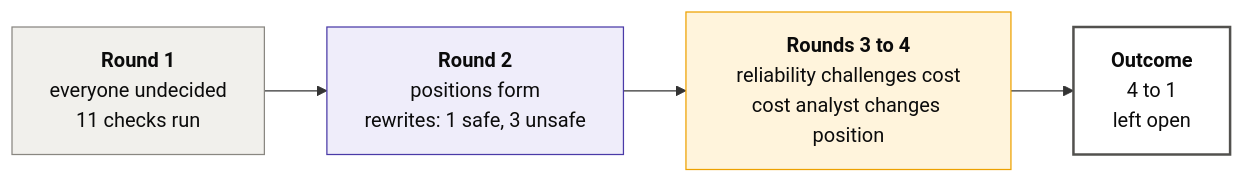
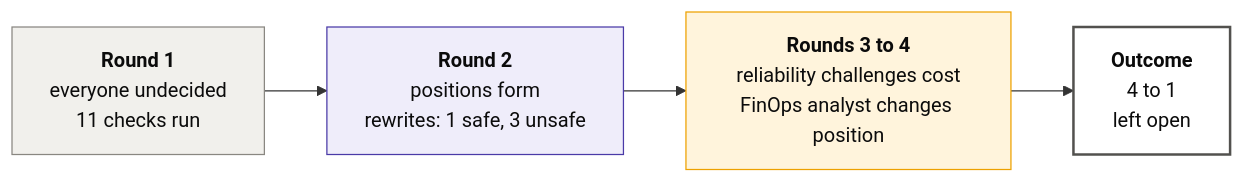
Before and after one commit to cris-wendler/capacitylab: the fifth of 5 diagrams in docs/EXAMPLE.md, drawn with Mermaid. The commit also changed other lines of this file and 14 other files, not shown here.

````diff
--- a/docs/EXAMPLE.md
+++ b/docs/EXAMPLE.md
@@ -325,14 +326,14 @@
 ```mermaid
 flowchart LR
   R1["<b>Round 1</b><br/>everyone undecided<br/>11 checks run"] --> R2["<b>Round 2</b><br/>positions form<br/>rewrites: 1 safe, 3 unsafe"]
-  R2 --> R3["<b>Rounds 3 to 4</b><br/>reliability challenges cost<br/>cost analyst changes position"]
+  R2 --> R3["<b>Rounds 3 to 4</b><br/>reliability challenges cost<br/>FinOps analyst changes position"]
   R3 --> O["<b>Outcome</b><br/>4 to 1<br/>left open"]
   classDef start fill:#f1f0ec,stroke:#898781,color:#0b0b0b
   classDef round fill:#efedfa,stroke:#4a3aa7,color:#0b0b0b
   classDef dispute fill:#fff4dc,stroke:#eda100,color:#0b0b0b
   classDef outcome fill:#ffffff,stroke:#52514e,stroke-width:2px,color:#0b0b0b
   class R1 start
   class R2 round
   class R3 dispute
   class O outcome
 ```
````
